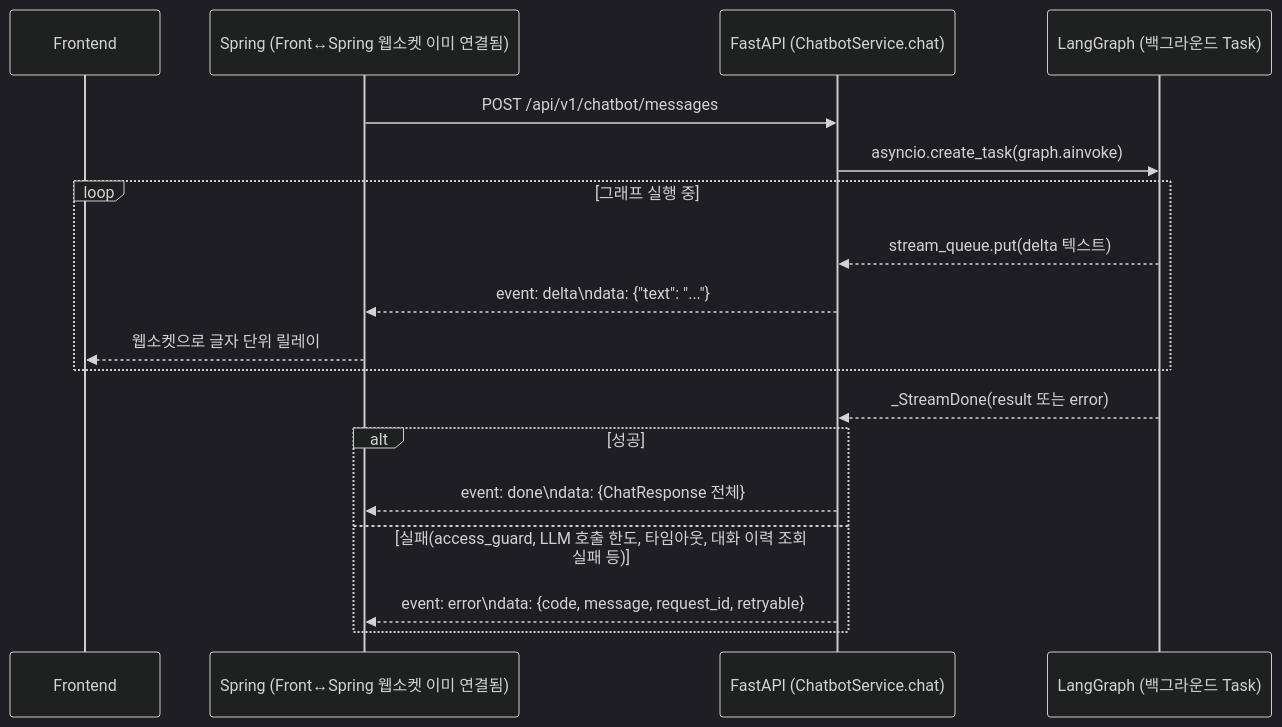
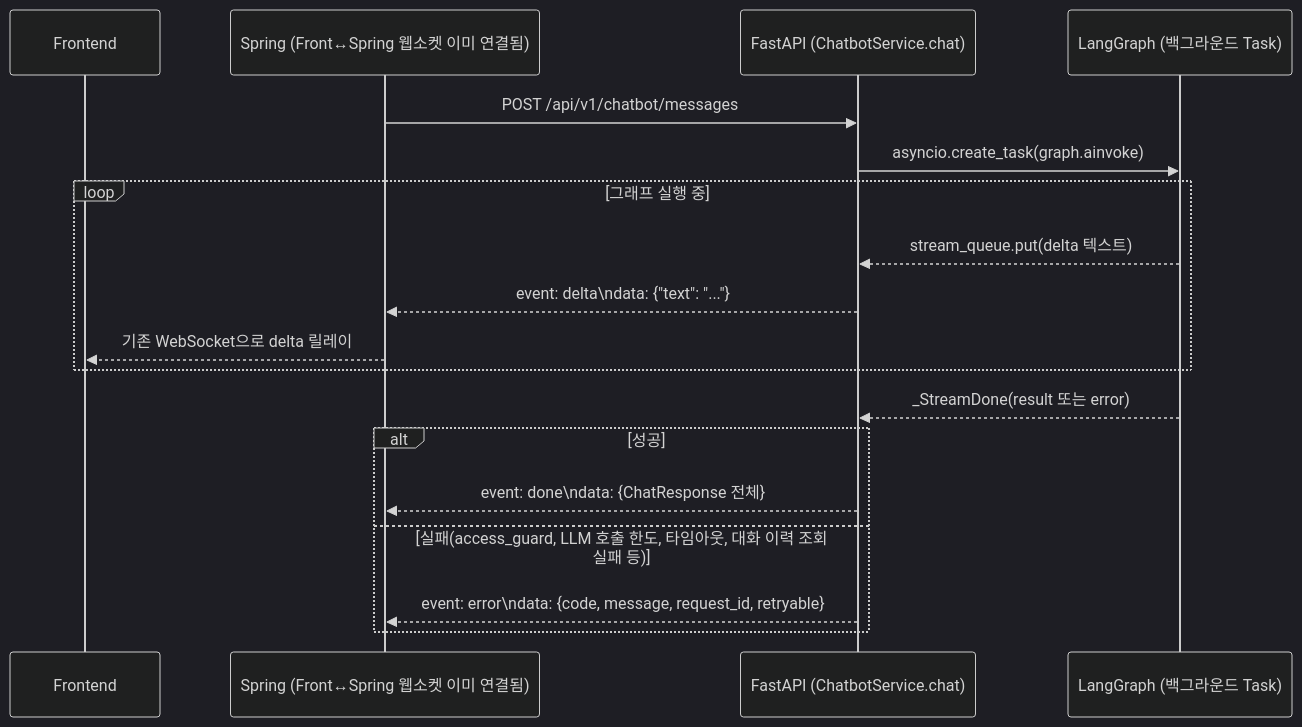
The sixth of 6 diagrams in .docs/ARCHITECTURE.md (SSAM-BBONG/Gym-Jjak-AI), drawn with Mermaid (dark theme) before and after one commit. The commit also changed other lines of this file and 3 other files, not shown here.

````diff
--- a/.docs/ARCHITECTURE.md
+++ b/.docs/ARCHITECTURE.md
@@ -412,21 +404,21 @@
 ```mermaid
 sequenceDiagram
     participant F as Frontend
     participant S as Spring (Front↔Spring 웹소켓 이미 연결됨)
     participant A as FastAPI (ChatbotService.chat)
     participant G as LangGraph (백그라운드 Task)
 
     S->>A: POST /api/v1/chatbot/messages
     A->>G: asyncio.create_task(graph.ainvoke)
     loop 그래프 실행 중
         G-->>A: stream_queue.put(delta 텍스트)
         A-->>S: event: delta\ndata: {"text": "..."}
-        S-->>F: 웹소켓으로 글자 단위 릴레이
+        S-->>F: 기존 WebSocket으로 delta 릴레이
     end
     G-->>A: _StreamDone(result 또는 error)
     alt 성공
         A-->>S: event: done\ndata: {ChatResponse 전체}
     else 실패(access_guard, LLM 호출 한도, 타임아웃, 대화 이력 조회 실패 등)
         A-->>S: event: error\ndata: {code, message, request_id, retryable}
     end
 ```
````
